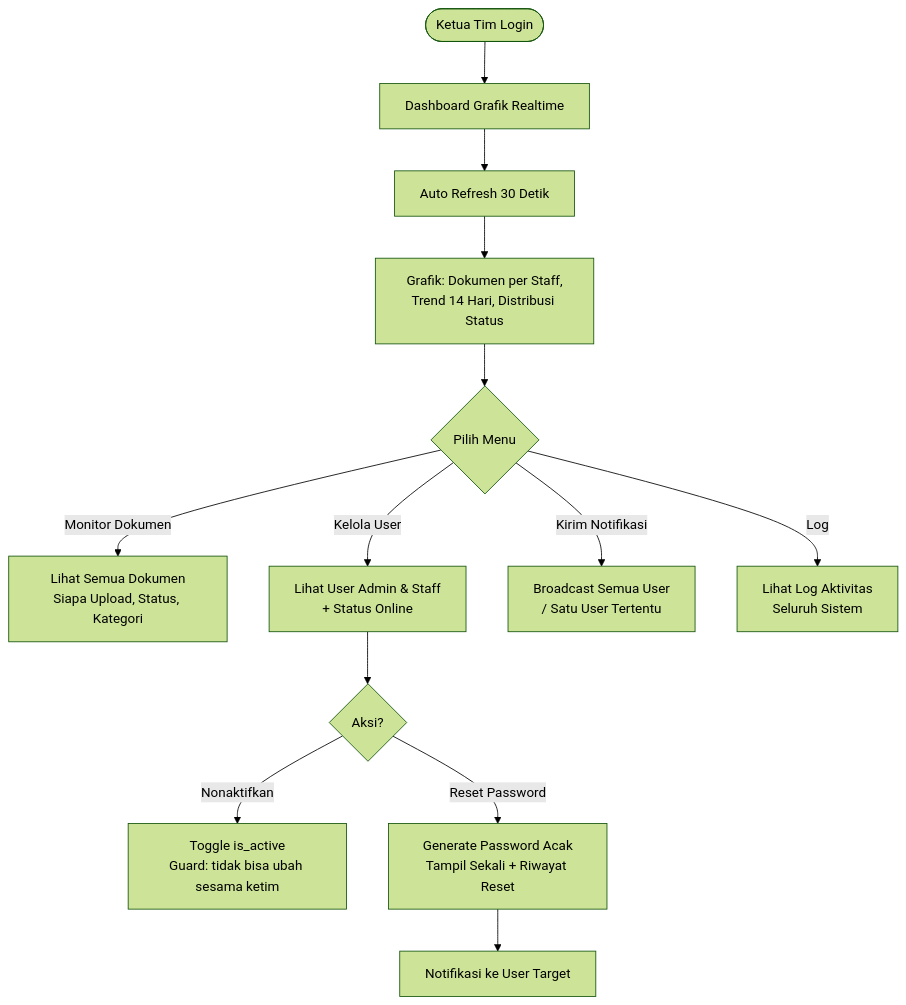
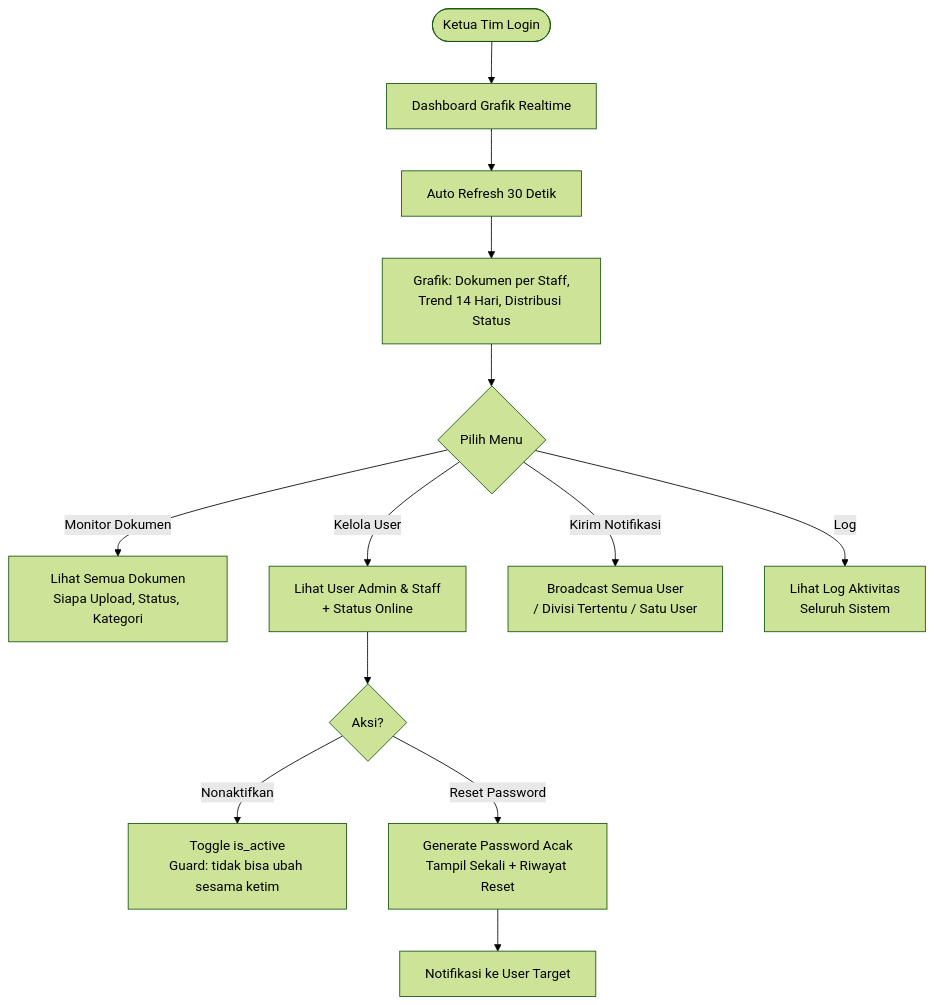
One commit to Adivalisna1/WEB-MAGANG- changed the seventh of 9 diagrams in README.md. Above: the diagram before and after it, drawn with Mermaid (forest theme). The commit also changed other lines of this file and 32 other files, not shown here.

Commit message:
penjelasan fitur sistem divisi, admin divisi & notifikasi per divisi

````diff
--- a/README.md
+++ b/README.md
@@ -454,17 +480,17 @@
 ```mermaid
 flowchart TD
     START([Ketua Tim Login]) --> A[Dashboard Grafik Realtime]
     A --> B[Auto Refresh 30 Detik]
     B --> C[Grafik: Dokumen per Staff,\nTrend 14 Hari, Distribusi Status]
     C --> D{Pilih Menu}
 
     D -->|Monitor Dokumen| E[Lihat Semua Dokumen\nSiapa Upload, Status, Kategori]
     D -->|Kelola User| F[Lihat User Admin & Staff\n+ Status Online]
-    D -->|Kirim Notifikasi| G[Broadcast Semua User\n/ Satu User Tertentu]
+    D -->|Kirim Notifikasi| G[Broadcast Semua User\n/ Divisi Tertentu / Satu User]
     D -->|Log| H[Lihat Log Aktivitas\nSeluruh Sistem]
 
     F --> I{Aksi?}
     I -->|Nonaktifkan| J[Toggle is_active\nGuard: tidak bisa ubah sesama ketim]
     I -->|Reset Password| K[Generate Password Acak\nTampil Sekali + Riwayat Reset]
     K --> L[Notifikasi ke User Target]
 ```
````
